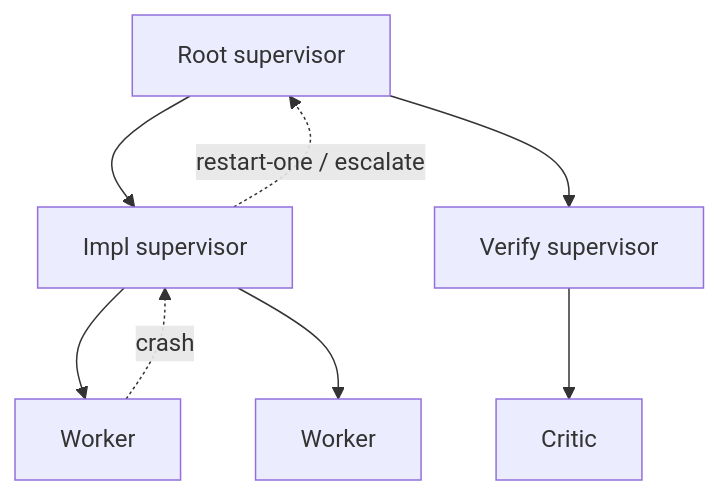
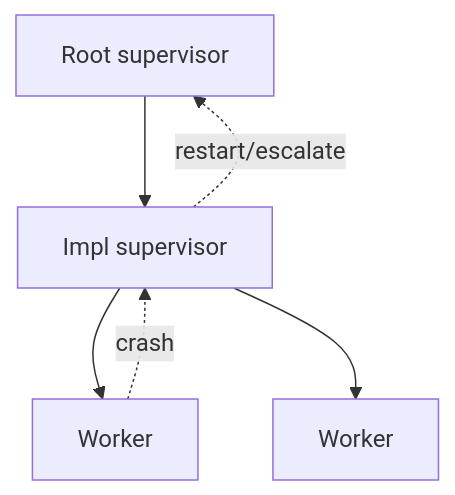
Before and after one commit to JNK234/claude-dotfiles: the ninth of 14 diagrams in research/autonomous-agent-fleet.md, drawn with Mermaid. The commit also changed other lines of this file, not shown here.

````diff
--- a/research/autonomous-agent-fleet.md
+++ b/research/autonomous-agent-fleet.md
@@ -327,8 +282,6 @@
 ```mermaid
 flowchart TB
   Root[Root supervisor]-->S1[Impl supervisor]-->w1[Worker]
   S1-->w2[Worker]
-  Root-->S2[Verify supervisor]-->c1[Critic]
-  w1-.crash.->S1
-  S1-.restart-one / escalate.->Root
+  w1-.crash.->S1-.restart/escalate.->Root
 ```
````
